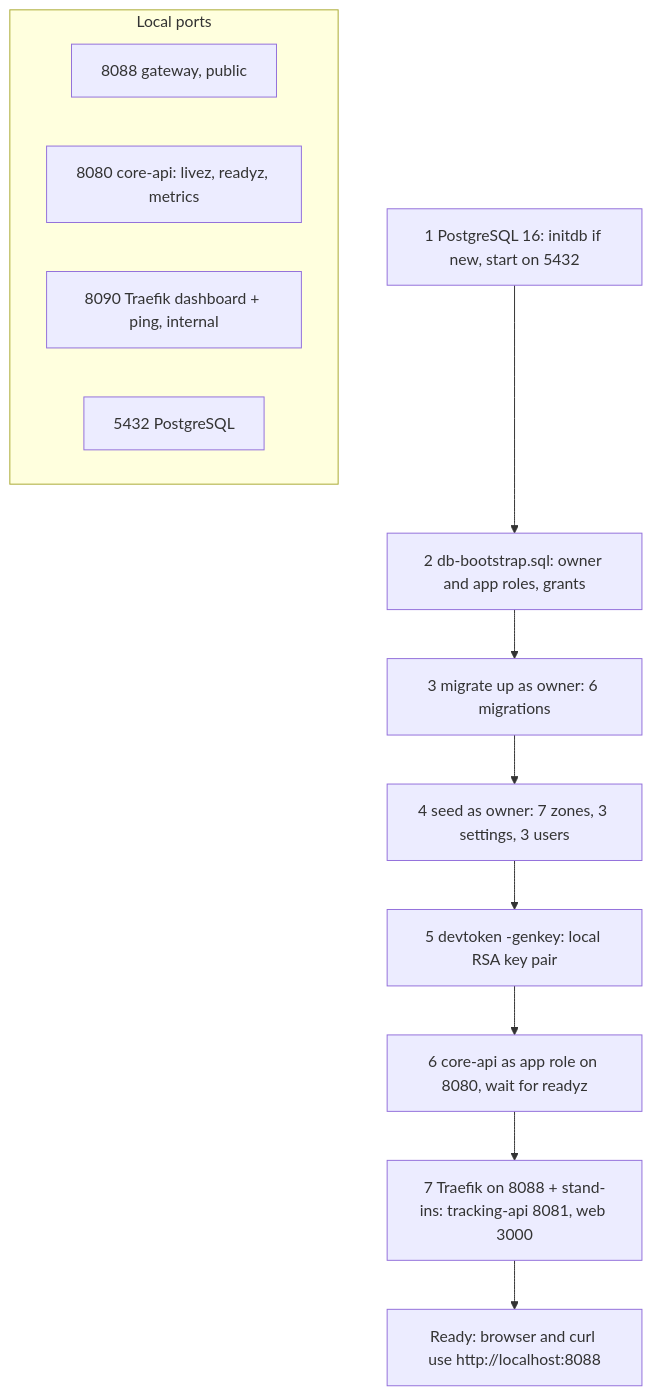
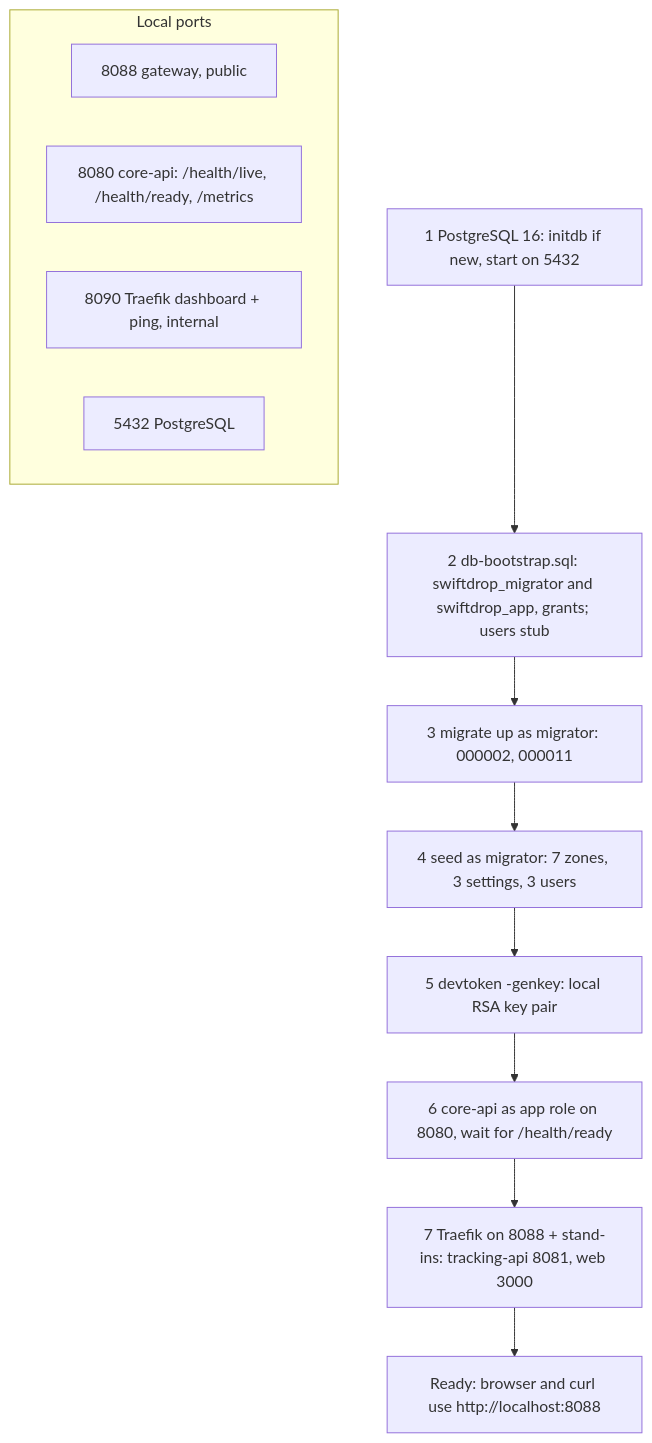
One commit to phantomTroupeEAD/SwiftDrop changed the second of 6 diagrams in docs/drafts/member-07-dispatcher-admin-web-gateway/doc-08-implementation-deployment-and-ops.md. Above: the diagram before and after it, drawn with Mermaid. The commit also changed other lines of this file and 125 other files, not shown here.

````diff
--- a/docs/drafts/member-07-dispatcher-admin-web-gateway/doc-08-implementation-deployment-and-ops.md
+++ b/docs/drafts/member-07-dispatcher-admin-web-gateway/doc-08-implementation-deployment-and-ops.md
@@ -243,16 +248,16 @@
 ```mermaid
 flowchart TB
-    S1["1 PostgreSQL 16: initdb if new, start on 5432"] --> S2["2 db-bootstrap.sql: owner and app roles, grants"]
-    S2 --> S3["3 migrate up as owner: 6 migrations"]
-    S3 --> S4["4 seed as owner: 7 zones, 3 settings, 3 users"]
+    S1["1 PostgreSQL 16: initdb if new, start on 5432"] --> S2["2 db-bootstrap.sql: swiftdrop_migrator and swiftdrop_app, grants; users stub"]
+    S2 --> S3["3 migrate up as migrator: 000002, 000011"]
+    S3 --> S4["4 seed as migrator: 7 zones, 3 settings, 3 users"]
     S4 --> S5["5 devtoken -genkey: local RSA key pair"]
-    S5 --> S6["6 core-api as app role on 8080, wait for readyz"]
+    S5 --> S6["6 core-api as app role on 8080, wait for /health/ready"]
     S6 --> S7["7 Traefik on 8088 + stand-ins: tracking-api 8081, web 3000"]
     S7 --> R["Ready: browser and curl use http://localhost:8088"]
     subgraph PORTS["Local ports"]
         P1["8088 gateway, public"]
-        P2["8080 core-api: livez, readyz, metrics"]
+        P2["8080 core-api: /health/live, /health/ready, /metrics"]
         P3["8090 Traefik dashboard + ping, internal"]
         P4["5432 PostgreSQL"]
     end
 ```
````
